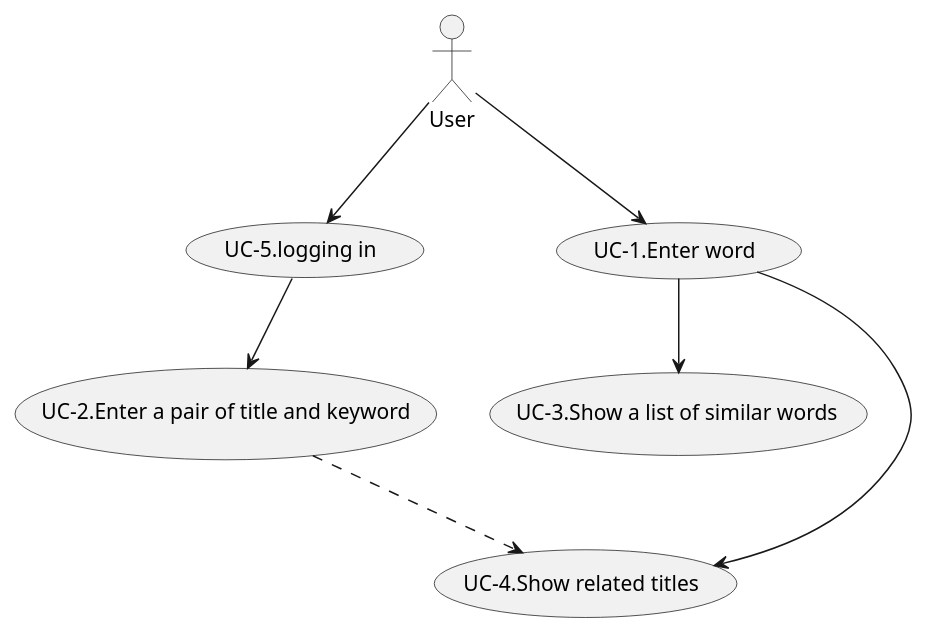
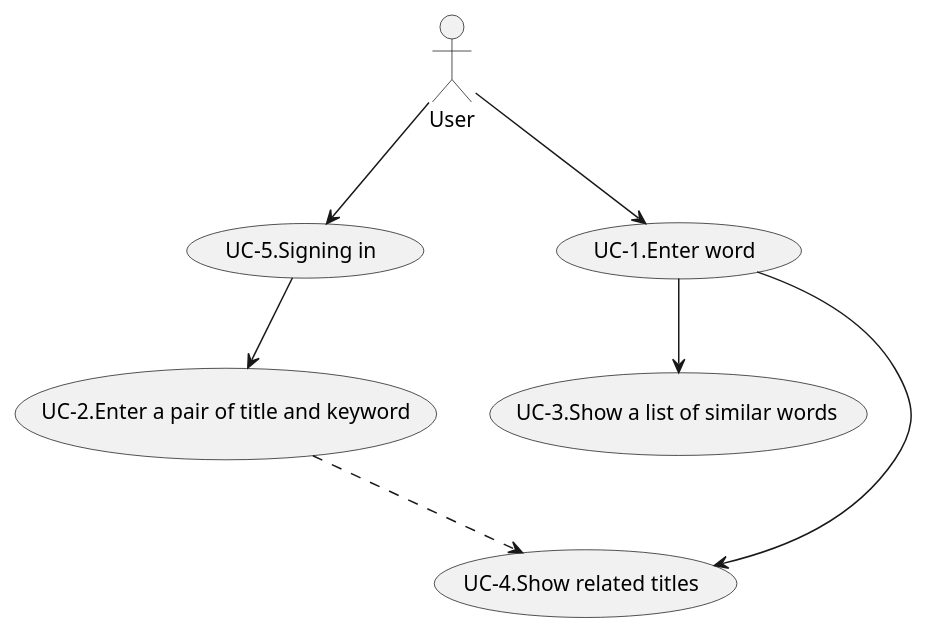
One commit to azarashin/Word2VecSOM changed the diagram in web/doc/usecase_chart/usecase.pu. Above: the diagram before and after it, drawn with PlantUML. The commit also changed 3 other files, not shown here.

```diff
--- a/web/doc/usecase_chart/usecase.pu
+++ b/web/doc/usecase_chart/usecase.pu
@@ -1,13 +1,13 @@
 @startuml
-User --> (UC-5.logging in)
+User --> (UC-5.Signing in)
 User --> (UC-1.Enter word)
 
-(UC-5.logging in) --> (UC-2.Enter a pair of title and keyword)
+(UC-5.Signing in) --> (UC-2.Enter a pair of title and keyword)
 
 (UC-1.Enter word) --> (UC-3.Show a list of similar words)
 (UC-1.Enter word) --> (UC-4.Show related titles)
 
 (UC-2.Enter a pair of title and keyword) ..> (UC-4.Show related titles)
 
 
 @enduml
```
